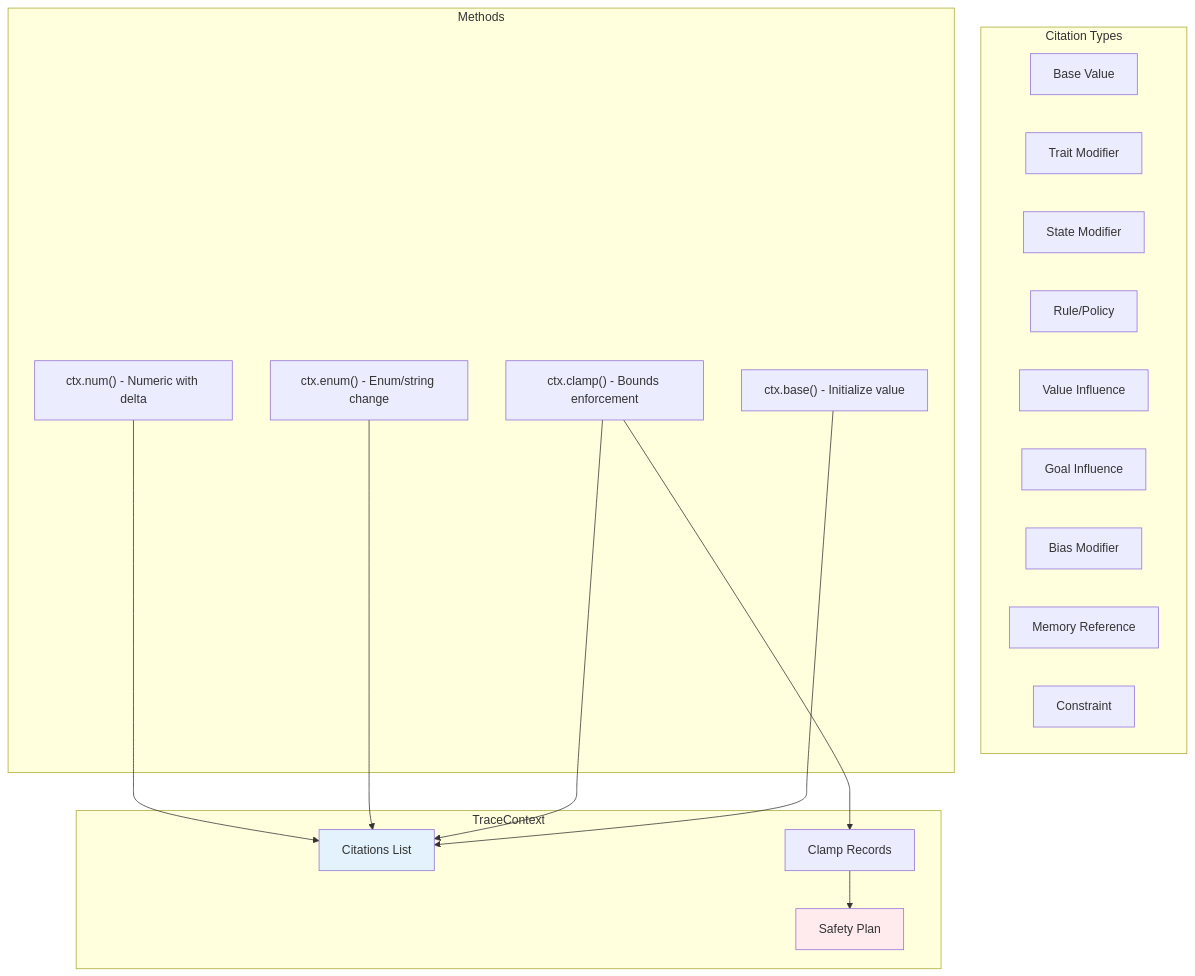
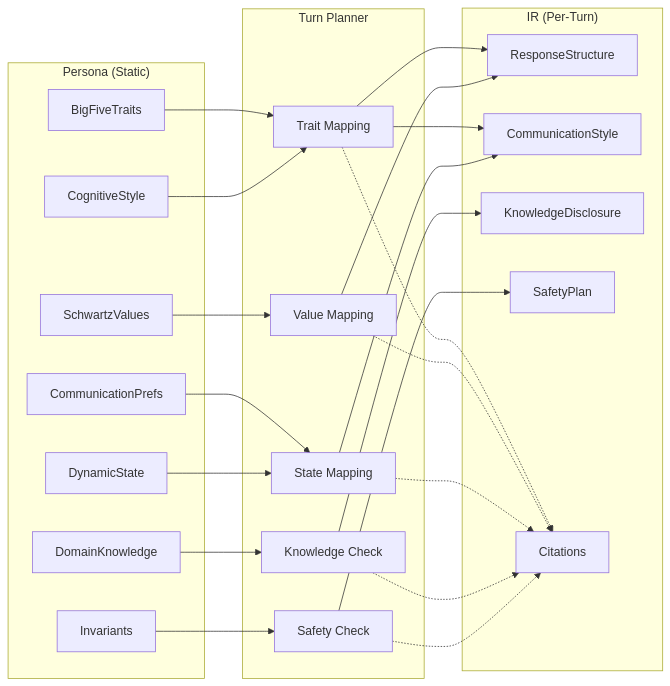
The seventh of 18 diagrams in ARCHITECTURE.md (SatishoBananamoto/persona-engine), drawn with Mermaid before and after one commit. The commit also changed other lines of this file, not shown here.

First line of the commit message:
Rewrite ARCHITECTURE.md to reflect current codebase (815 → 1209 lines)

````diff
--- a/ARCHITECTURE.md
+++ b/ARCHITECTURE.md
@@ -519,38 +472,35 @@
 ```mermaid
-flowchart TD
-    subgraph "TraceContext"
-        CIT[Citations List]
-        SP[Safety Plan]
-        CLAMP[Clamp Records]
+flowchart LR
+    subgraph Persona["Persona (Static)"]
+        BF[BigFiveTraits]
+        SV[SchwartzValues]
+        CS[CognitiveStyle]
+        CP[CommunicationPrefs]
+        DK[DomainKnowledge]
+        PI[Invariants]
+        DS[DynamicState]
     end
 
-    subgraph "Citation Types"
-        BASE[Base Value]
-        TRAIT[Trait Modifier]
-        STATE[State Modifier]
-        RULE[Rule/Policy]
-        VALUE[Value Influence]
-        GOAL[Goal Influence]
-        BIAS[Bias Modifier]
-        MEMORY[Memory Reference]
-        CONST[Constraint]
+    subgraph Planner["Turn Planner"]
+        TM[Trait Mapping]
+        VM[Value Mapping]
+        SM[State Mapping]
+        KC[Knowledge Check]
+        SC[Safety Check]
     end
 
-    subgraph "Methods"
-        NUM["ctx.num() - Numeric with delta"]
-        ENUM["ctx.enum() - Enum/string change"]
-        CL["ctx.clamp() - Bounds enforcement"]
-        BAS["ctx.base() - Initialize value"]
+    subgraph IR["IR (Per-Turn)"]
+        RS[ResponseStructure]
+        CSt[CommunicationStyle]
+        KD[KnowledgeDisclosure]
+        SP[SafetyPlan]
+        CIT[Citations]
     end
 
-    NUM --> CIT
-    ENUM --> CIT
-    CL --> CLAMP
-    CL --> CIT
-    BAS --> CIT
-
-    CLAMP --> SP
-
-    style CIT fill:#E3F2FD
-    style SP fill:#FFEBEE
+    BF & CS --> TM --> RS & CSt
+    SV --> VM --> RS
+    CP & DS --> SM --> CSt
+    DK --> KC --> KD
+    PI --> SC --> SP
+    TM & VM & SM & KC & SC -.-> CIT
 ```
````
